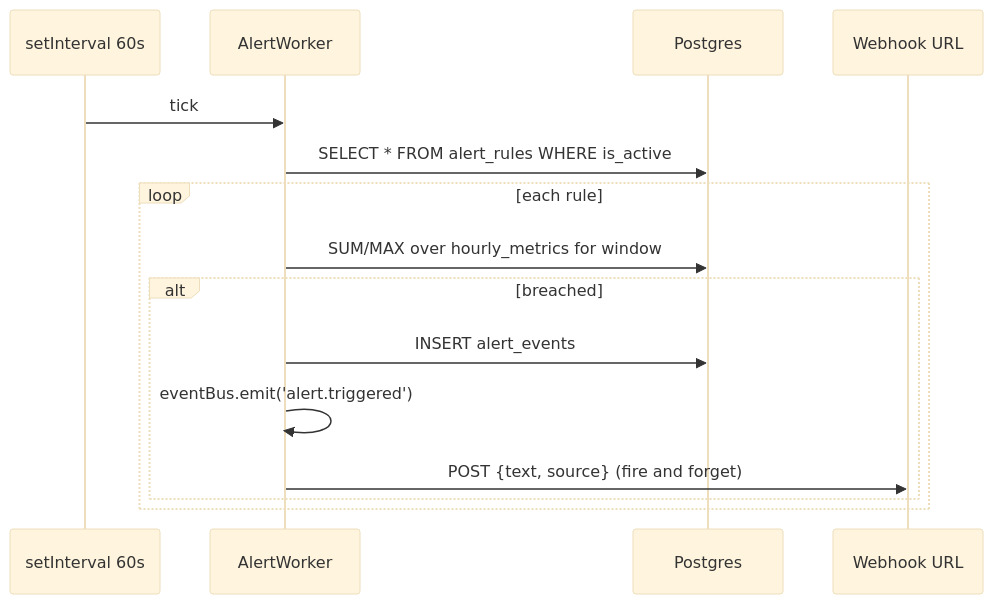
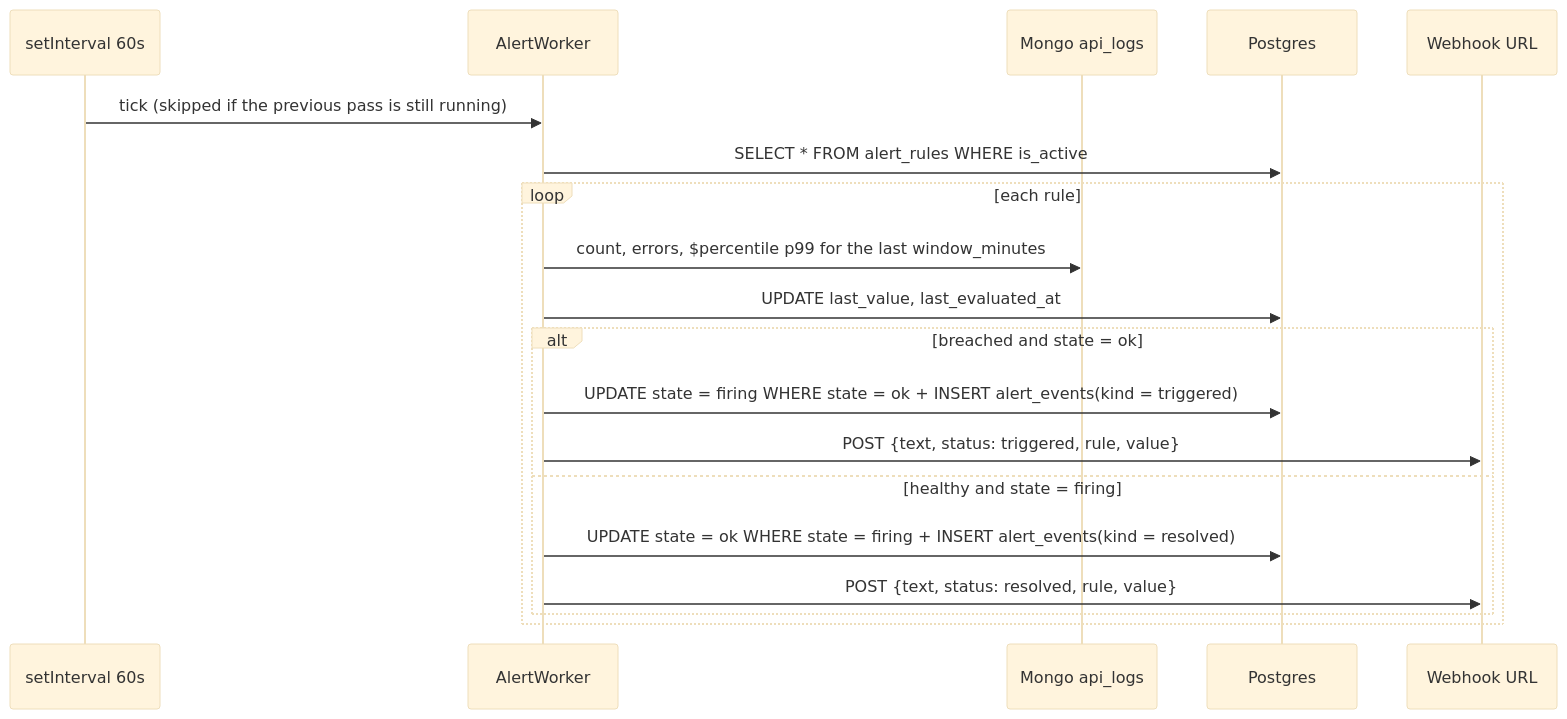
One commit to Sarthak-Shreshtha01/ApexMonitor changed the sixth of 6 diagrams in docs/architecture/data-flow.md. Above: the diagram before and after it, drawn with Mermaid (base theme). The commit also changed other lines of this file and 22 other files, not shown here.

````diff
--- a/docs/architecture/data-flow.md
+++ b/docs/architecture/data-flow.md
@@ -114,17 +116,21 @@
 ```mermaid
 sequenceDiagram
     participant T as setInterval 60s
     participant AW as AlertWorker
+    participant M as Mongo api_logs
     participant PG as Postgres
     participant H as Webhook URL
-    T->>AW: tick
+    T->>AW: tick (skipped if the previous pass is still running)
     AW->>PG: SELECT * FROM alert_rules WHERE is_active
     loop each rule
-        AW->>PG: SUM/MAX over hourly_metrics for window
-        alt breached
-            AW->>PG: INSERT alert_events
-            AW->>AW: eventBus.emit('alert.triggered')
-            AW->>H: POST {text, source} (fire and forget)
+        AW->>M: count, errors, $percentile p99 for the last window_minutes
+        AW->>PG: UPDATE last_value, last_evaluated_at
+        alt breached and state = ok
+            AW->>PG: UPDATE state = firing WHERE state = ok + INSERT alert_events(kind = triggered)
+            AW->>H: POST {text, status: triggered, rule, value}
+        else healthy and state = firing
+            AW->>PG: UPDATE state = ok WHERE state = firing + INSERT alert_events(kind = resolved)
+            AW->>H: POST {text, status: resolved, rule, value}
         end
     end
 ```
````
